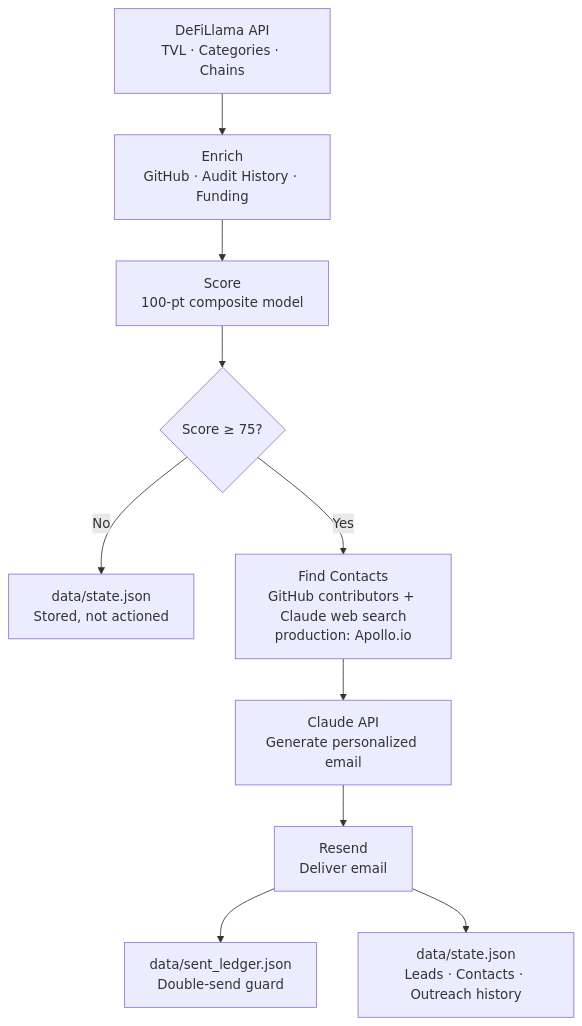
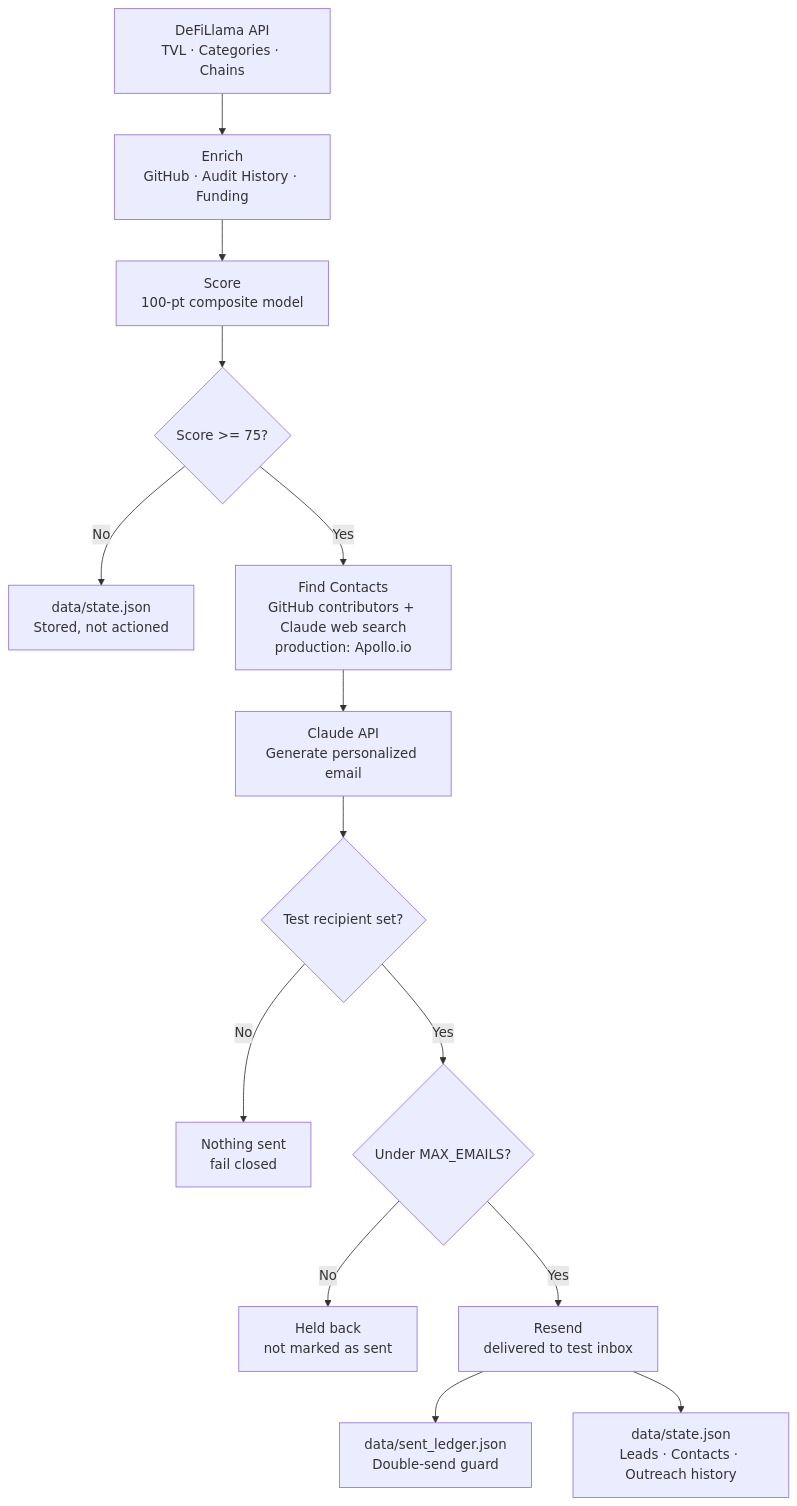
One commit to PrashanthTalwarr/AI-Sales-Agent changed the diagram in README.md. Above: the diagram before and after it, drawn with Mermaid. The commit also changed other lines of this file and 4 other files, not shown here.

````diff
--- a/README.md
+++ b/README.md
@@ -25,12 +31,16 @@
 ```mermaid
 flowchart TD
-    A[DeFiLlama API\nTVL · Categories · Chains] --> B[Enrich\nGitHub · Audit History · Funding]
-    B --> C[Score\n100-pt composite model]
-    C --> D{Score ≥ 75?}
-    D -- No --> E[data/state.json\nStored, not actioned]
-    D -- Yes --> F[Find Contacts\nGitHub contributors + Claude web search\nproduction: Apollo.io]
-    F --> G[Claude API\nGenerate personalized email]
-    G --> H[Resend\nDeliver email]
-    H --> I[data/sent_ledger.json\nDouble-send guard]
-    H --> J[data/state.json\nLeads · Contacts · Outreach history]
+    A["DeFiLlama API<br/>TVL · Categories · Chains"] --> B["Enrich<br/>GitHub · Audit History · Funding"]
+    B --> C["Score<br/>100-pt composite model"]
+    C --> D{"Score >= 75?"}
+    D -- No --> E["data/state.json<br/>Stored, not actioned"]
+    D -- Yes --> F["Find Contacts<br/>GitHub contributors + Claude web search<br/>production: Apollo.io"]
+    F --> G["Claude API<br/>Generate personalized email"]
+    G --> H{"Test recipient set?"}
+    H -- No --> N["Nothing sent<br/>fail closed"]
+    H -- Yes --> K{"Under MAX_EMAILS?"}
+    K -- No --> P["Held back<br/>not marked as sent"]
+    K -- Yes --> R["Resend<br/>delivered to test inbox"]
+    R --> I["data/sent_ledger.json<br/>Double-send guard"]
+    R --> J["data/state.json<br/>Leads · Contacts · Outreach history"]
 ```
````
